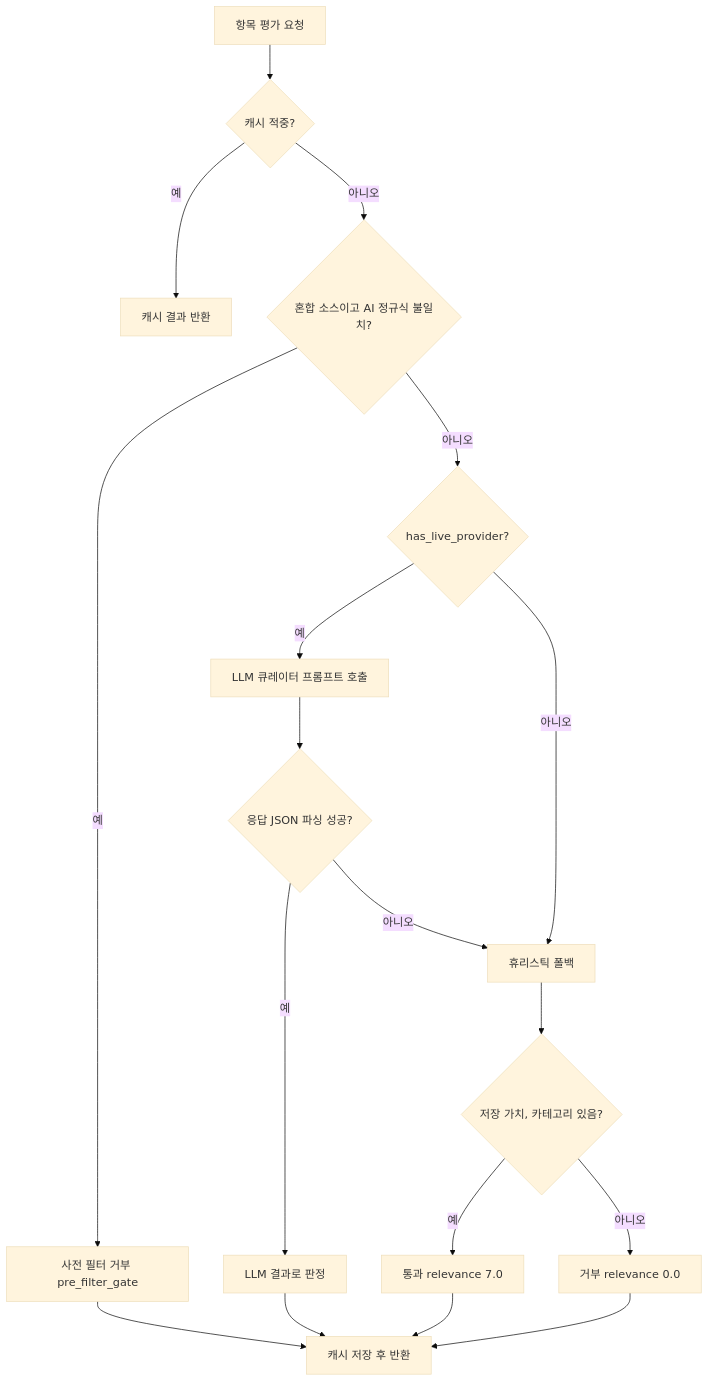
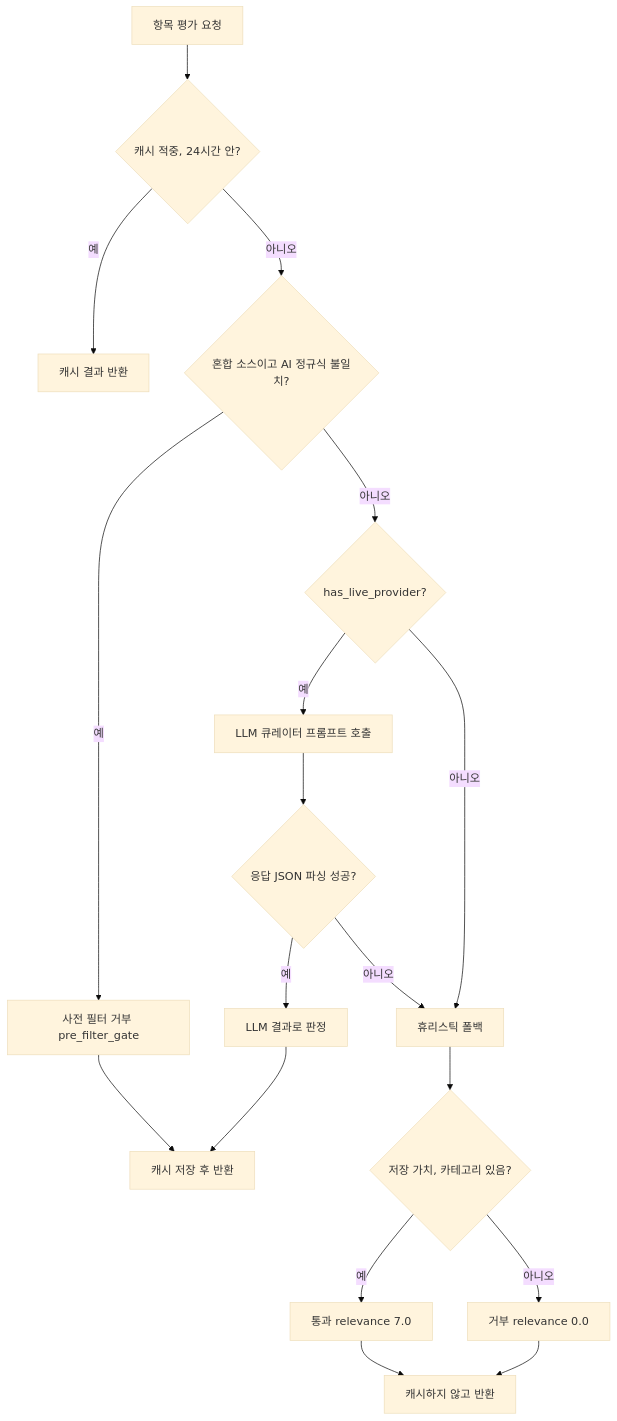
Diagram 11 of 26 in docs/spec-writer/fsd/03_COLLECTION_SPECIFICATION.md (ozplayground/agent-lens), drawn with Mermaid (base theme) before and after one commit. The commit also changed other lines of this file and 216 other files, not shown here.

````diff
--- a/docs/spec-writer/fsd/03_COLLECTION_SPECIFICATION.md
+++ b/docs/spec-writer/fsd/03_COLLECTION_SPECIFICATION.md
@@ -684,20 +705,20 @@
 ```mermaid
 flowchart TD
-    A["항목 평가 요청"] --> B{"캐시 적중?"}
+    A["항목 평가 요청"] --> B{"캐시 적중, 24시간 안?"}
     B -->|예| C["캐시 결과 반환"]
     B -->|아니오| D{"혼합 소스이고 AI 정규식 불일치?"}
     D -->|예| E["사전 필터 거부 pre_filter_gate"]
     D -->|아니오| F{"has_live_provider?"}
     F -->|예| G["LLM 큐레이터 프롬프트 호출"]
     G --> H{"응답 JSON 파싱 성공?"}
     H -->|예| I["LLM 결과로 판정"]
     H -->|아니오| J["휴리스틱 폴백"]
     F -->|아니오| J
     J --> K{"저장 가치, 카테고리 있음?"}
     K -->|예| L["통과 relevance 7.0"]
     K -->|아니오| M["거부 relevance 0.0"]
     E --> N["캐시 저장 후 반환"]
     I --> N
-    L --> N
-    M --> N
+    L --> N2["캐시하지 않고 반환"]
+    M --> N2
 ```
````
